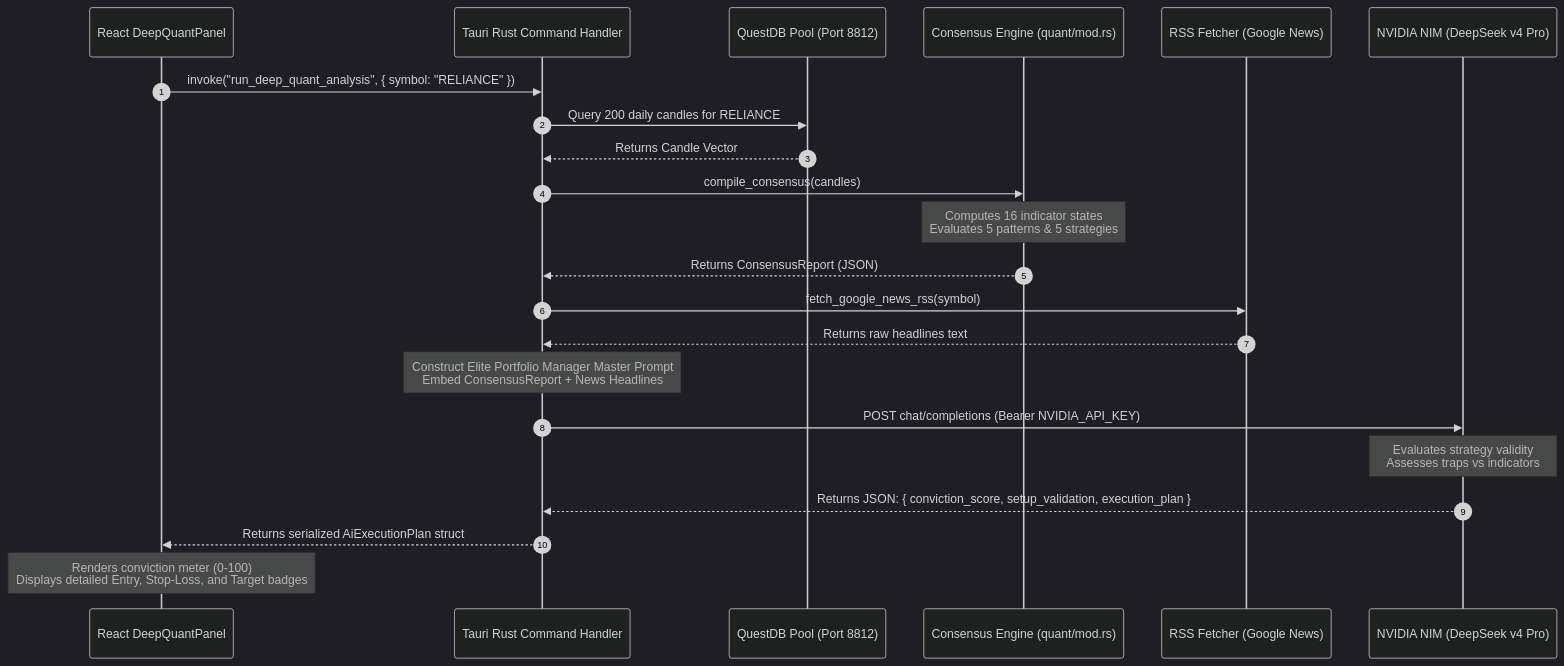
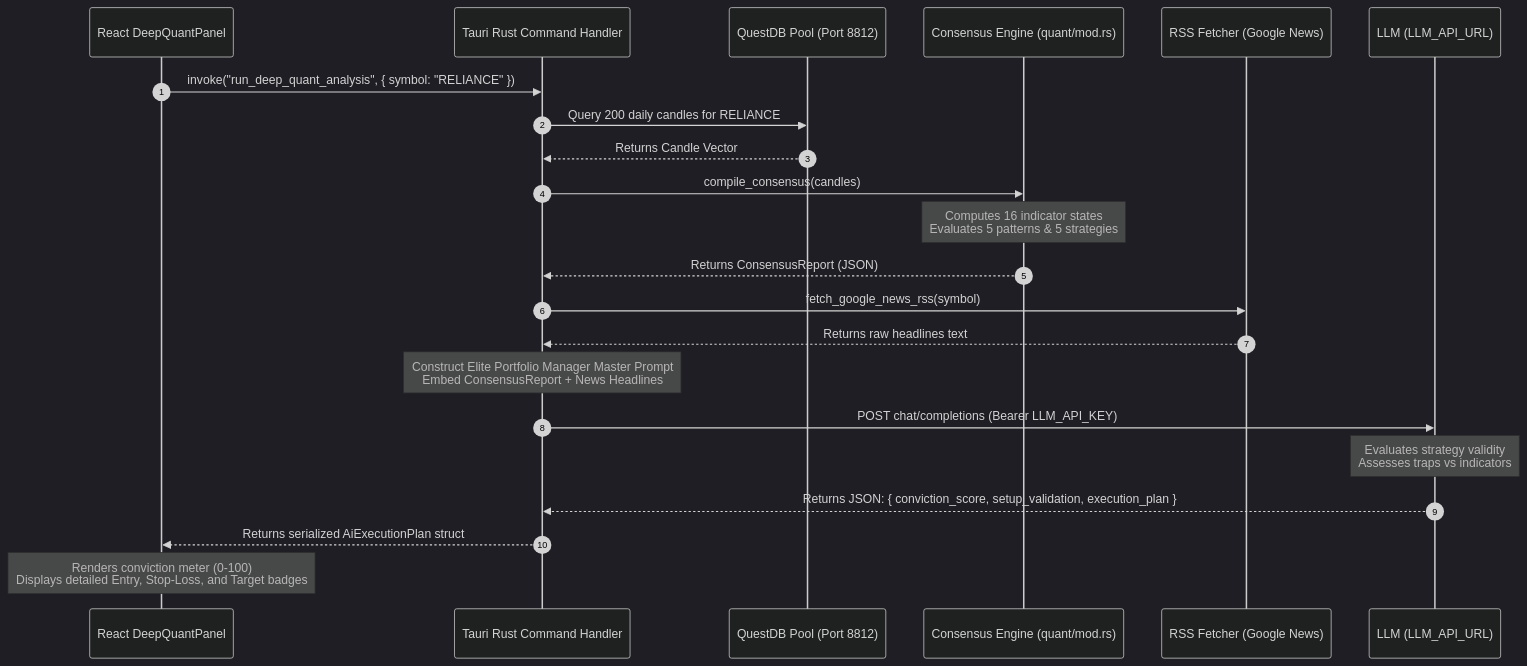
Before and after one commit to 6829nkhpas/Ai-trader: the fifth of 8 diagrams in docs/system_architecture_and_data_flows.md, drawn with Mermaid (dark theme). The commit also changed other lines of this file and 20 other files, not shown here.

````diff
--- a/docs/system_architecture_and_data_flows.md
+++ b/docs/system_architecture_and_data_flows.md
@@ -197,30 +197,30 @@
 ```mermaid
 sequenceDiagram
     autonumber
     participant UI as React DeepQuantPanel
     participant Tauri as Tauri Rust Command Handler
     participant QDB as QuestDB Pool (Port 8812)
     participant CE as Consensus Engine (quant/mod.rs)
     participant RSS as RSS Fetcher (Google News)
-    participant LLM as NVIDIA NIM (DeepSeek v4 Pro)
+    participant LLM as LLM (LLM_API_URL)
 
     UI->>Tauri: invoke("run_deep_quant_analysis", { symbol: "RELIANCE" })
     Tauri->>QDB: Query 200 daily candles for RELIANCE
     QDB-->>Tauri: Returns Candle Vector
     
     Tauri->>CE: compile_consensus(candles)
     Note over CE: Computes 16 indicator states<br/>Evaluates 5 patterns & 5 strategies
     CE-->>Tauri: Returns ConsensusReport (JSON)
     
     Tauri->>RSS: fetch_google_news_rss(symbol)
     RSS-->>Tauri: Returns raw headlines text
     
     Note over Tauri: Construct Elite Portfolio Manager Master Prompt<br/>Embed ConsensusReport + News Headlines
     
-    Tauri->>LLM: POST chat/completions (Bearer NVIDIA_API_KEY)
+    Tauri->>LLM: POST chat/completions (Bearer LLM_API_KEY)
     Note over LLM: Evaluates strategy validity<br/>Assesses traps vs indicators
     LLM-->>Tauri: Returns JSON: { conviction_score, setup_validation, execution_plan }
     
     Tauri-->>UI: Returns serialized AiExecutionPlan struct
     Note over UI: Renders conviction meter (0-100)<br/>Displays detailed Entry, Stop-Loss, and Target badges
 ```
````
